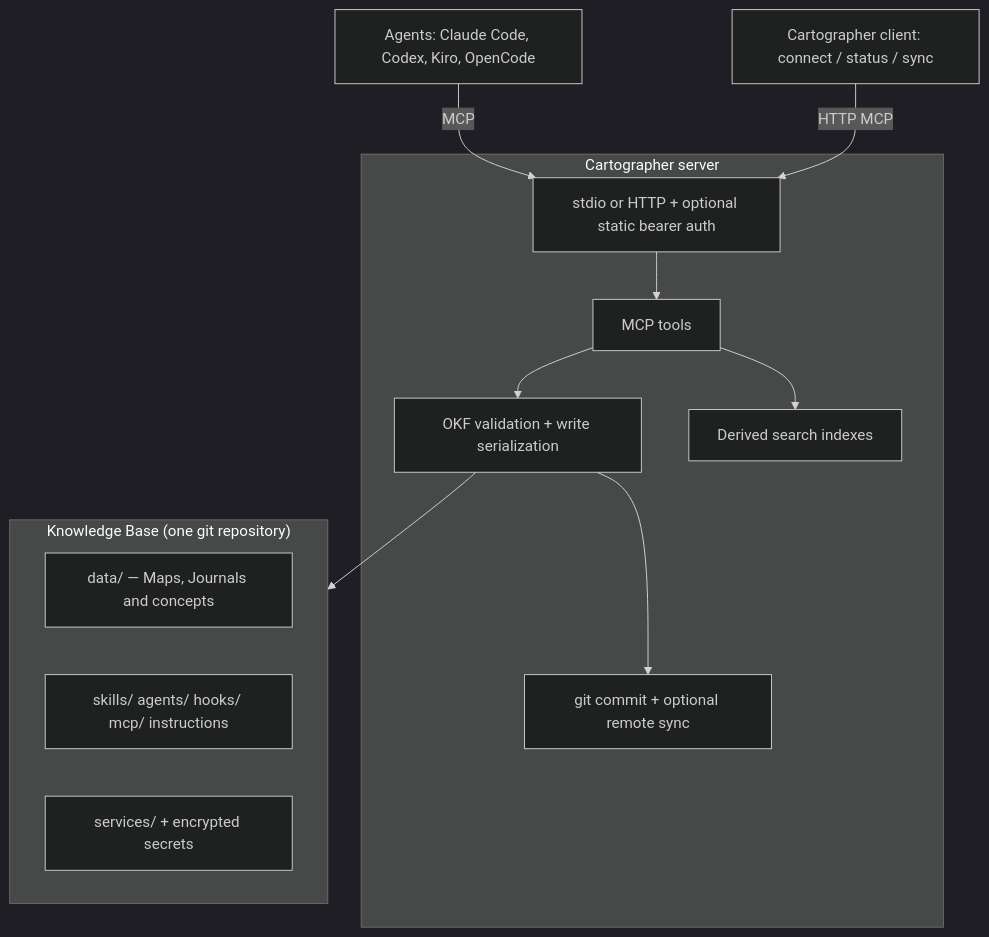
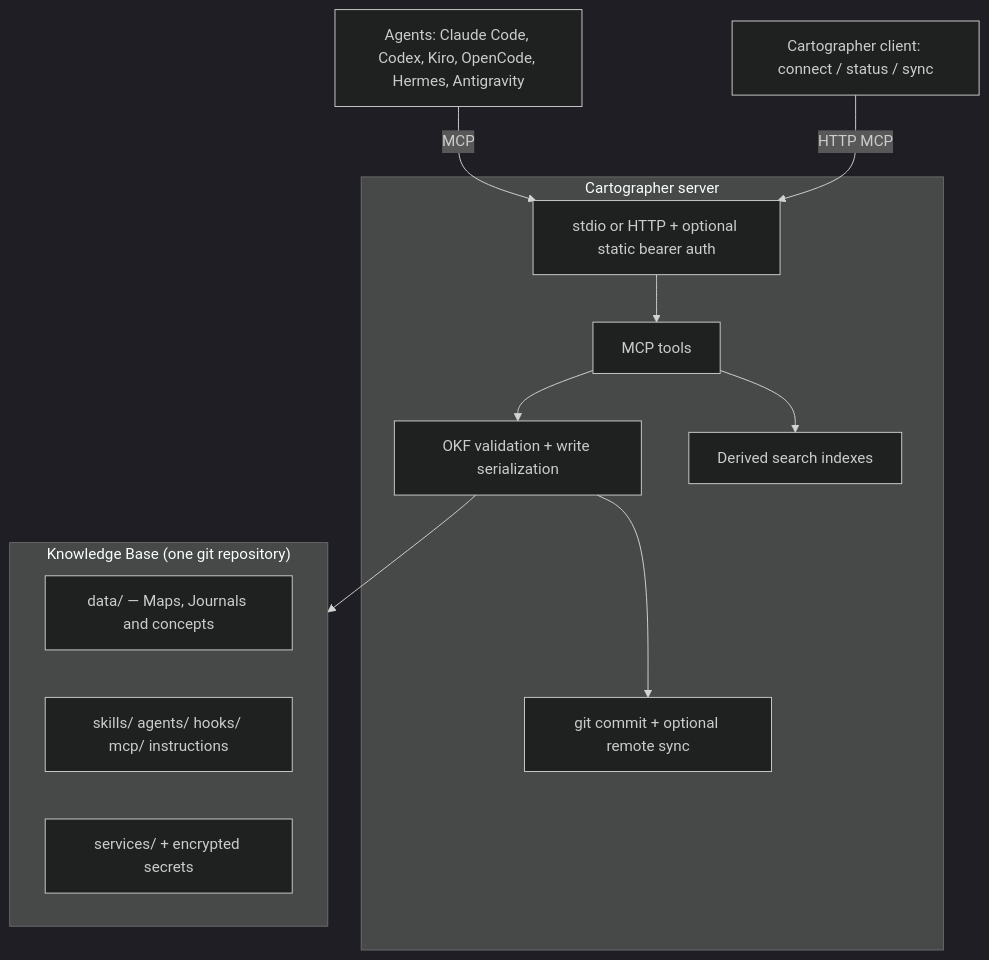
Before and after one commit to BeppeTemp/cartographer: the diagram in docs/overview.md, drawn with Mermaid (dark theme). The commit also changed 29 other files, not shown here.

````diff
--- a/docs/overview.md
+++ b/docs/overview.md
@@ -48,25 +48,25 @@
 ```mermaid
 flowchart TB
-    A["Agents: Claude Code, Codex, Kiro, OpenCode"]
+    A["Agents: Claude Code, Codex, Kiro, OpenCode, Hermes, Antigravity"]
     C["Cartographer client: connect / status / sync"]
 
     subgraph S["Cartographer server"]
         T["stdio or HTTP + optional static bearer auth"]
         M["MCP tools"]
         V["OKF validation + write serialization"]
         I["Derived search indexes"]
         G["git commit + optional remote sync"]
     end
 
     subgraph K["Knowledge Base (one git repository)"]
         D["data/ — Maps, Journals and concepts"]
         P["skills/ agents/ hooks/ mcp/ instructions"]
         X["services/ + encrypted secrets"]
     end
 
     A -->|MCP| T --> M
     C -->|HTTP MCP| T
     M --> V --> K
     M --> I
     V --> G
 ```
````
